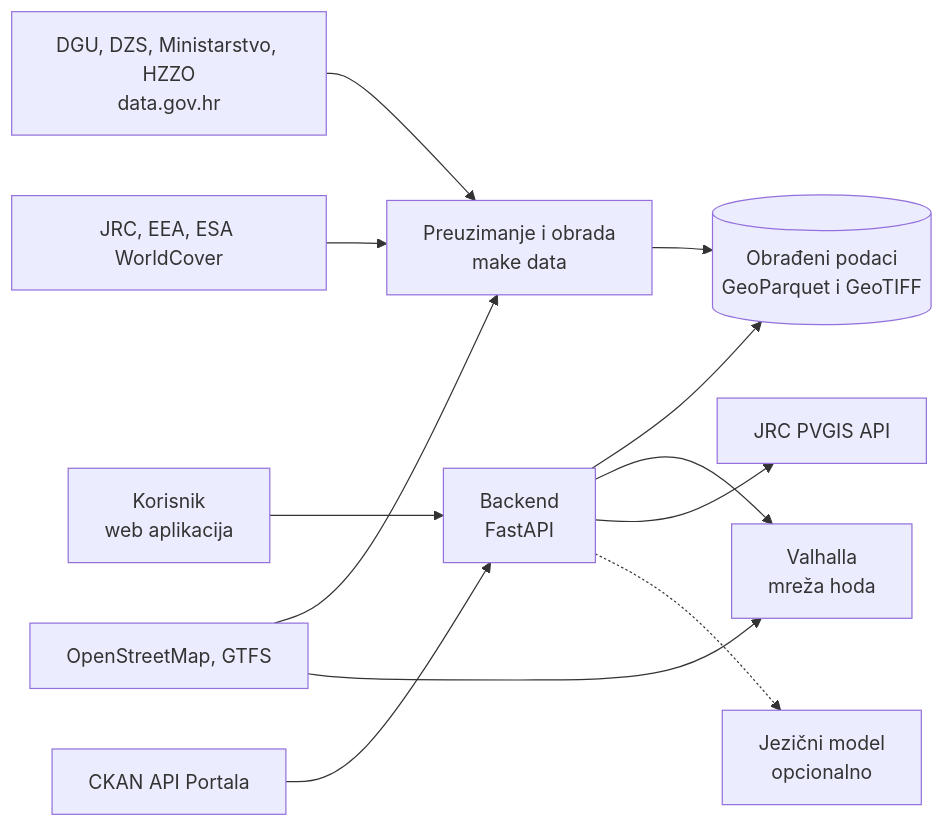
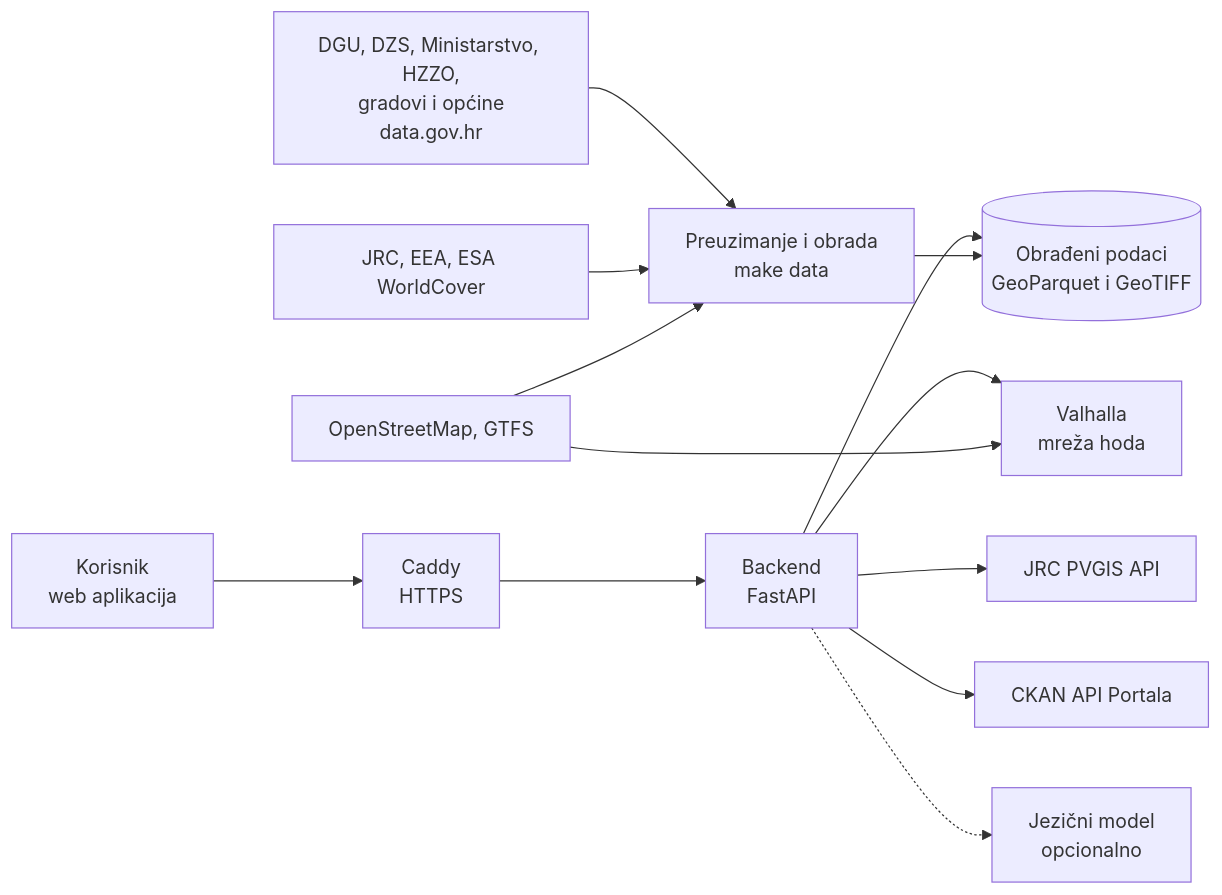
The diagram in README.md (dlukas99/datathon_projekt), drawn with Mermaid before and after one commit. The commit also changed other lines of this file and 5 other files, not shown here.

````diff
--- a/README.md
+++ b/README.md
@@ -87,14 +127,15 @@
 ```mermaid
 flowchart LR
-  U[Korisnik<br/>web aplikacija] --> API[Backend<br/>FastAPI]
+  U[Korisnik<br/>web aplikacija] --> C[Caddy<br/>HTTPS]
+  C --> API[Backend<br/>FastAPI]
   API --> D[(Obrađeni podaci<br/>GeoParquet i GeoTIFF)]
   API --> V[Valhalla<br/>mreža hoda]
   API --> PV[JRC PVGIS API]
+  API --> CK[CKAN API Portala]
   API -.-> LLM[Jezični model<br/>opcionalno]
   J[Preuzimanje i obrada<br/>make data] --> D
-  S1[DGU, DZS, Ministarstvo, HZZO<br/>data.gov.hr] --> J
+  S1[DGU, DZS, Ministarstvo, HZZO,<br/>gradovi i općine<br/>data.gov.hr] --> J
   S2[JRC, EEA, ESA WorldCover] --> J
   S3[OpenStreetMap, GTFS] --> J
   S3 --> V
-  CK[CKAN API Portala] --> API
 ```
````
